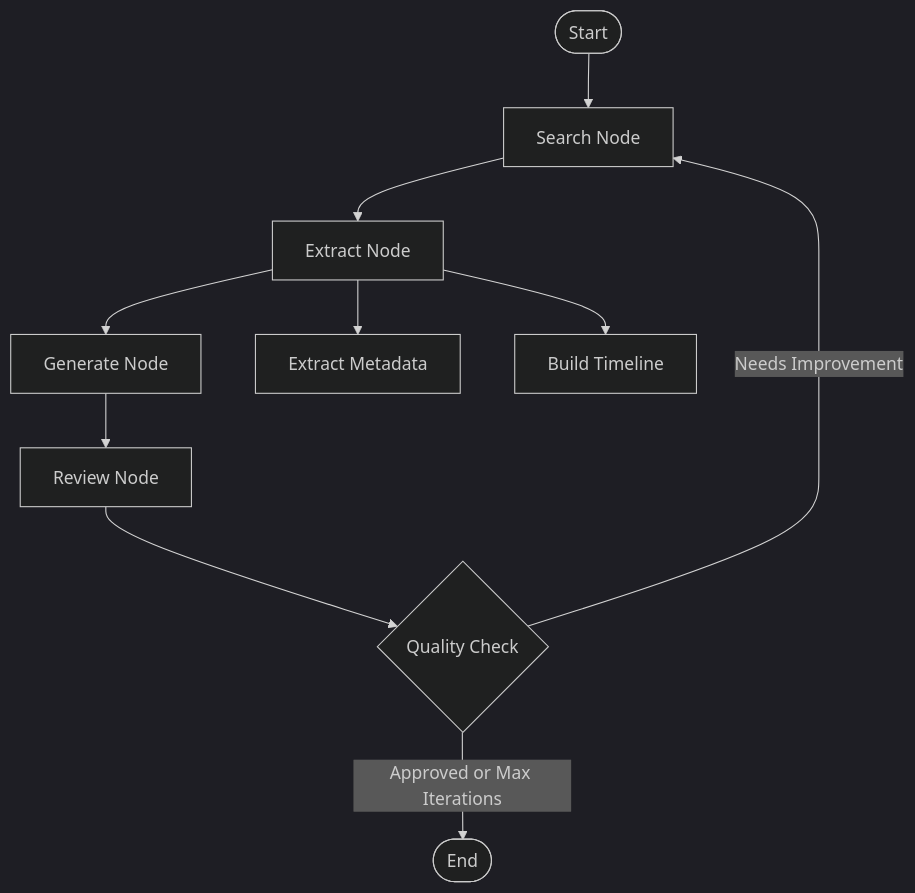
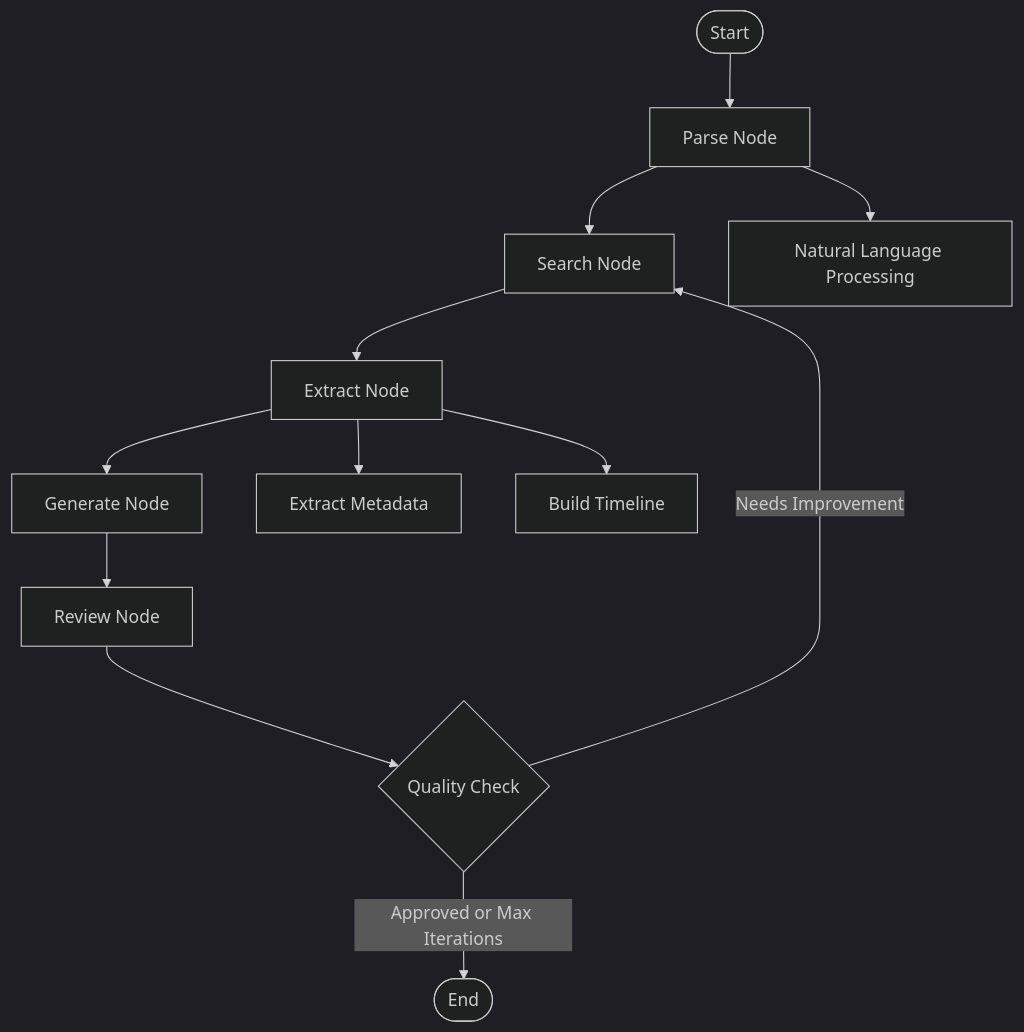
The diagram in README_incident_agent.md (utensil/agent-land), drawn with Mermaid (dark theme) before and after one commit. The commit also changed other lines of this file and 4 other files, not shown here.

````diff
--- a/README_incident_agent.md
+++ b/README_incident_agent.md
@@ -21,13 +21,15 @@
 ```mermaid
 graph TD
-    START([Start]) --> search[Search Node]
+    START([Start]) --> parse[Parse Node]
+    parse --> search[Search Node]
     search --> extract[Extract Node]
     extract --> generate[Generate Node]
     generate --> review[Review Node]
     review --> decision{Quality Check}
     decision -->|Approved or Max Iterations| END([End])
     decision -->|Needs Improvement| search
     
+    parse --> nlp[Natural Language Processing]
     extract --> metadata[Extract Metadata]
     extract --> timeline[Build Timeline]
 ```
````
